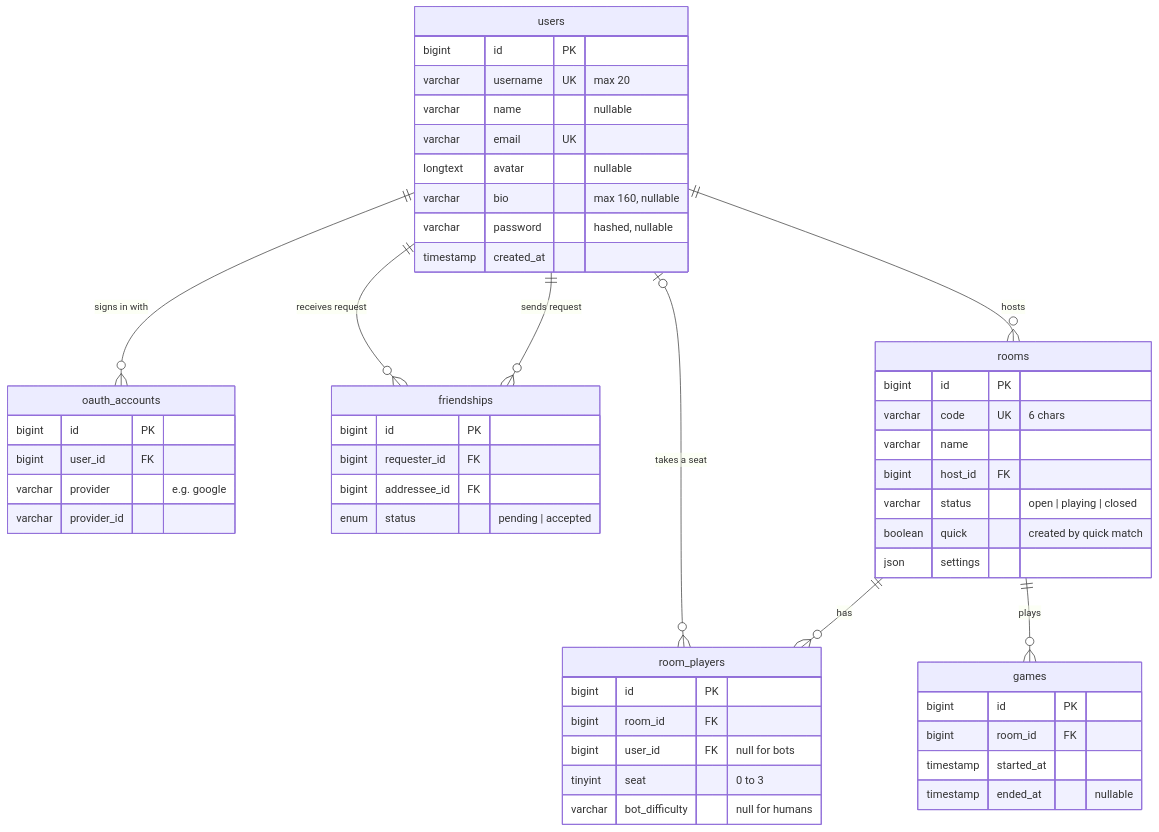
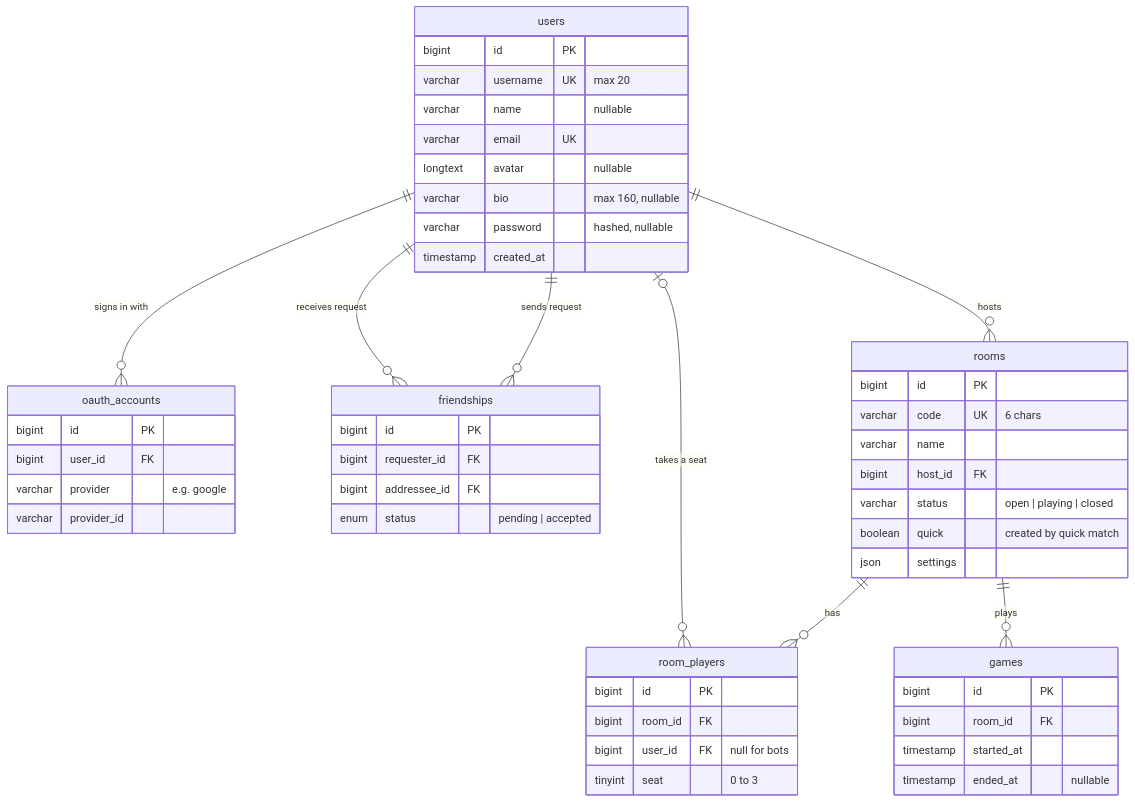
The diagram in README.md (yasin080/transcendence), drawn with Mermaid before and after one commit. The commit also changed other lines of this file and 4 other files, not shown here.

First line of the commit message:
refactor: drop unused bot_difficulty and document modules 11 to 14

````diff
--- a/README.md
+++ b/README.md
@@ -299,55 +299,54 @@
 ```mermaid
 erDiagram
     users ||--o{ oauth_accounts : "signs in with"
     users ||--o{ friendships : "sends request"
     users ||--o{ friendships : "receives request"
     users ||--o{ rooms : hosts
     rooms ||--o{ room_players : has
     users |o--o{ room_players : "takes a seat"
     rooms ||--o{ games : plays
 
     users {
         bigint id PK
         varchar username UK "max 20"
         varchar name "nullable"
         varchar email UK
         longtext avatar "nullable"
         varchar bio "max 160, nullable"
         varchar password "hashed, nullable"
         timestamp created_at
     }
     oauth_accounts {
         bigint id PK
         bigint user_id FK
         varchar provider "e.g. google"
         varchar provider_id
     }
     friendships {
         bigint id PK
         bigint requester_id FK
         bigint addressee_id FK
         enum status "pending | accepted"
     }
     rooms {
         bigint id PK
         varchar code UK "6 chars"
         varchar name
         bigint host_id FK
         varchar status "open | playing | closed"
         boolean quick "created by quick match"
         json settings
     }
     room_players {
         bigint id PK
         bigint room_id FK
         bigint user_id FK "null for bots"
         tinyint seat "0 to 3"
-        varchar bot_difficulty "null for humans"
     }
     games {
         bigint id PK
         bigint room_id FK
         timestamp started_at
         timestamp ended_at "nullable"
     }
 ```
````
